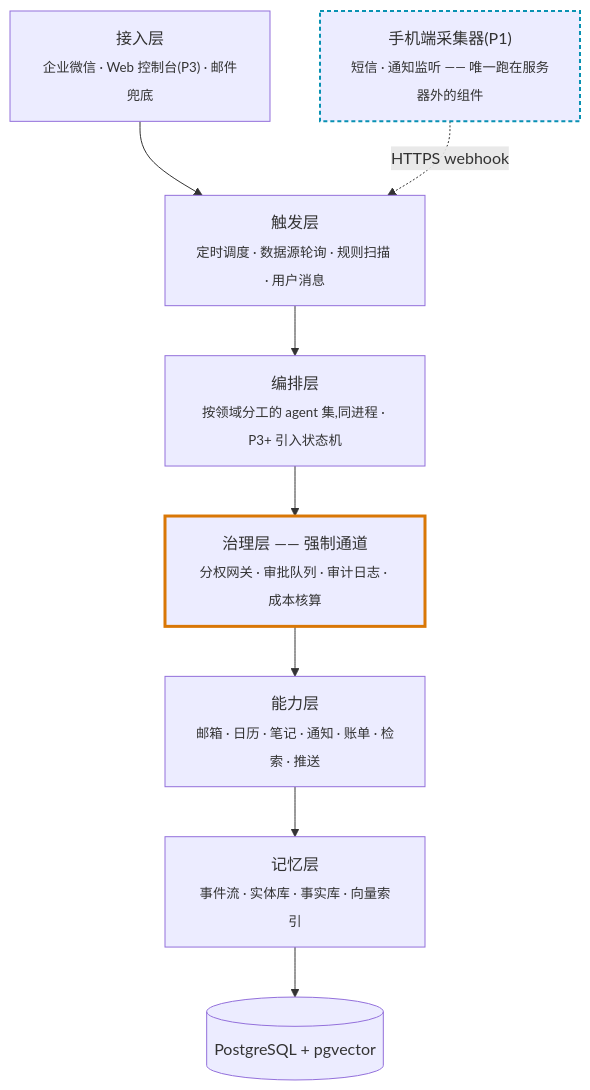
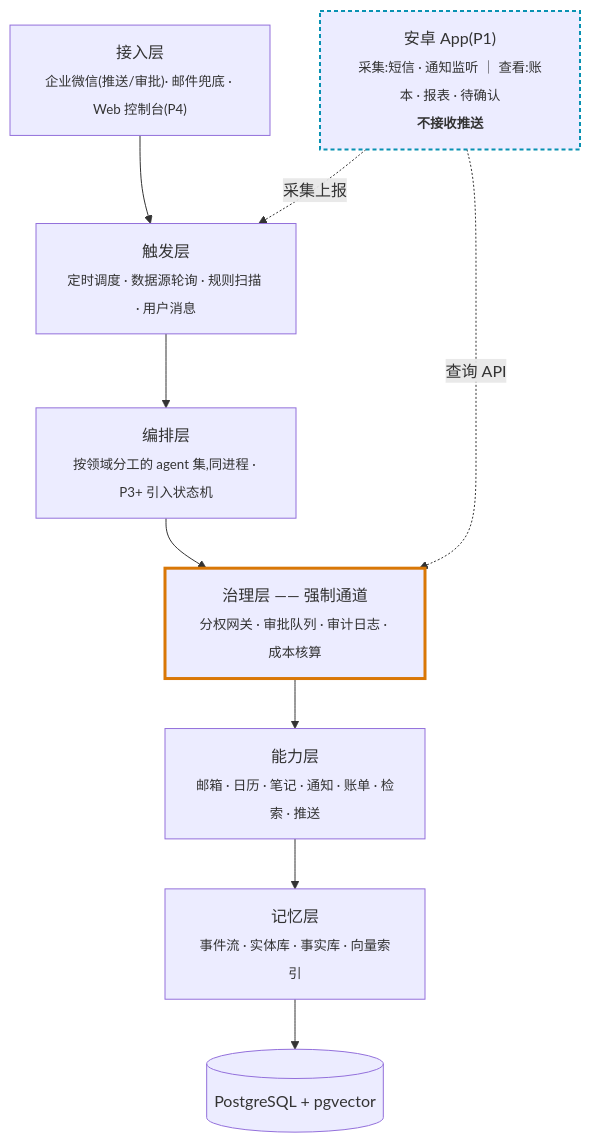
The diagram in README.md (hur26/LifeIn), drawn with Mermaid before and after one commit. The commit also changed other lines of this file and 5 other files, not shown here.

````diff
--- a/README.md
+++ b/README.md
@@ -41,17 +42,18 @@
 ```mermaid
 flowchart TB
-    M["手机端采集器(P1)<br/><sub>短信 · 通知监听 —— 唯一跑在服务器外的组件</sub>"]
-    A["接入层<br/><sub>企业微信 · Web 控制台(P3) · 邮件兜底</sub>"]
+    M["安卓 App(P1)<br/><sub>采集:短信 · 通知监听 ｜ 查看:账本 · 报表 · 待确认<br/><b>不接收推送</b></sub>"]
+    A["接入层<br/><sub>企业微信(推送/审批)· 邮件兜底 · Web 控制台(P4)</sub>"]
     B["触发层<br/><sub>定时调度 · 数据源轮询 · 规则扫描 · 用户消息</sub>"]
     C["编排层<br/><sub>按领域分工的 agent 集,同进程 · P3+ 引入状态机</sub>"]
     D["治理层 —— 强制通道<br/><sub>分权网关 · 审批队列 · 审计日志 · 成本核算</sub>"]
     E["能力层<br/><sub>邮箱 · 日历 · 笔记 · 通知 · 账单 · 检索 · 推送</sub>"]
     F["记忆层<br/><sub>事件流 · 实体库 · 事实库 · 向量索引</sub>"]
     G[("PostgreSQL + pgvector")]
 
     A --> B --> C --> D --> E --> F --> G
-    M -.->|HTTPS webhook| B
+    M -.->|采集上报| B
+    M -.->|查询 API| D
 
     style D stroke:#d97706,stroke-width:3px
     style M stroke:#0891b2,stroke-width:2px,stroke-dasharray:4 3
 ```
````
